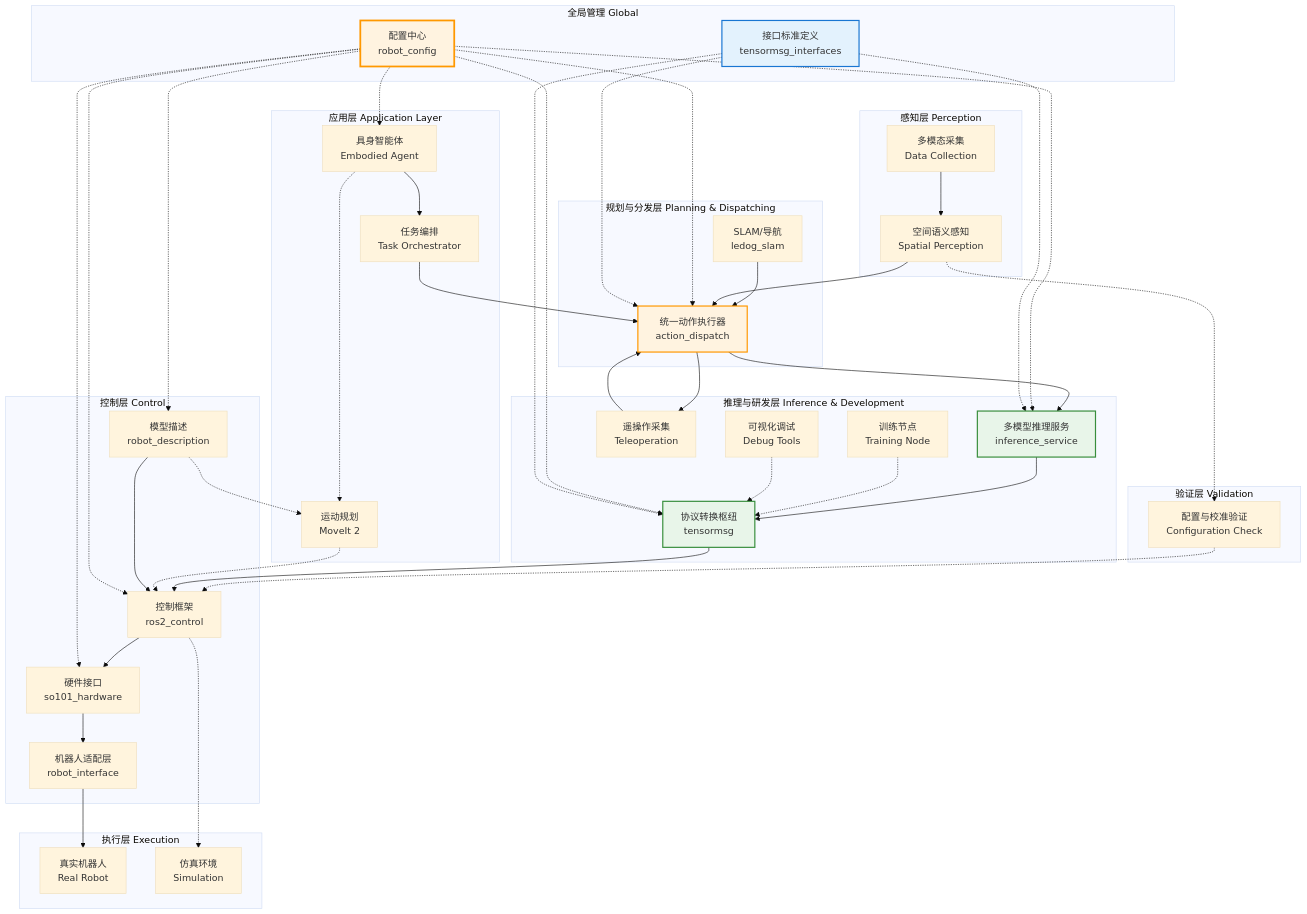
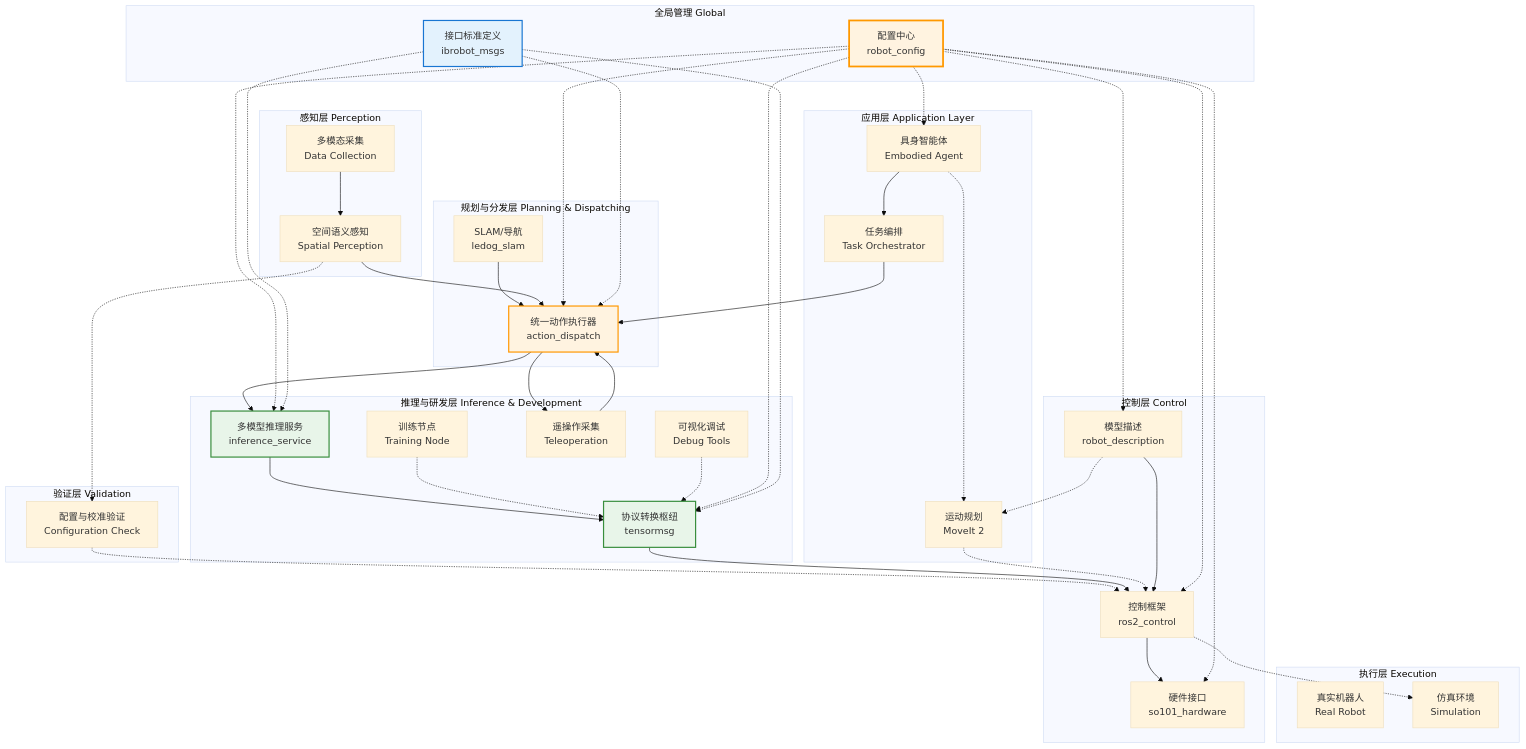
Before and after one commit to wuxiaoqiang12/IB_Robot: the diagram in docs/architecture.md, drawn with Mermaid (base theme). The commit also changed other lines of this file and 16 other files, not shown here.

First line of the commit message:
docs: sync architecture and rename legacy control modes

```diff
--- a/docs/architecture.md
+++ b/docs/architecture.md
@@ -117,7 +117,6 @@
         C1["控制框架<br/>ros2_control"]
         C2["硬件接口<br/>so101_hardware"]
         C3["模型描述<br/>robot_description"]
-        C4["机器人适配层<br/>robot_interface"]
     end
 
     subgraph "执行层 Execution"
@@ -127,7 +126,7 @@
 
     subgraph "全局管理 Global"
         G1["配置中心<br/>robot_config"]
-        G2["接口标准定义<br/>tensormsg_interfaces"]
+        G2["接口标准定义<br/>ibrobot_msgs"]
     end
 
     %% 数据流
@@ -153,8 +152,6 @@
     A3 -.-> C1
     
     C1 --> C2
-    C2 --> C4
-    C4 --> E1
     C1 -.-> E2
     
     C3 --> C1
```
